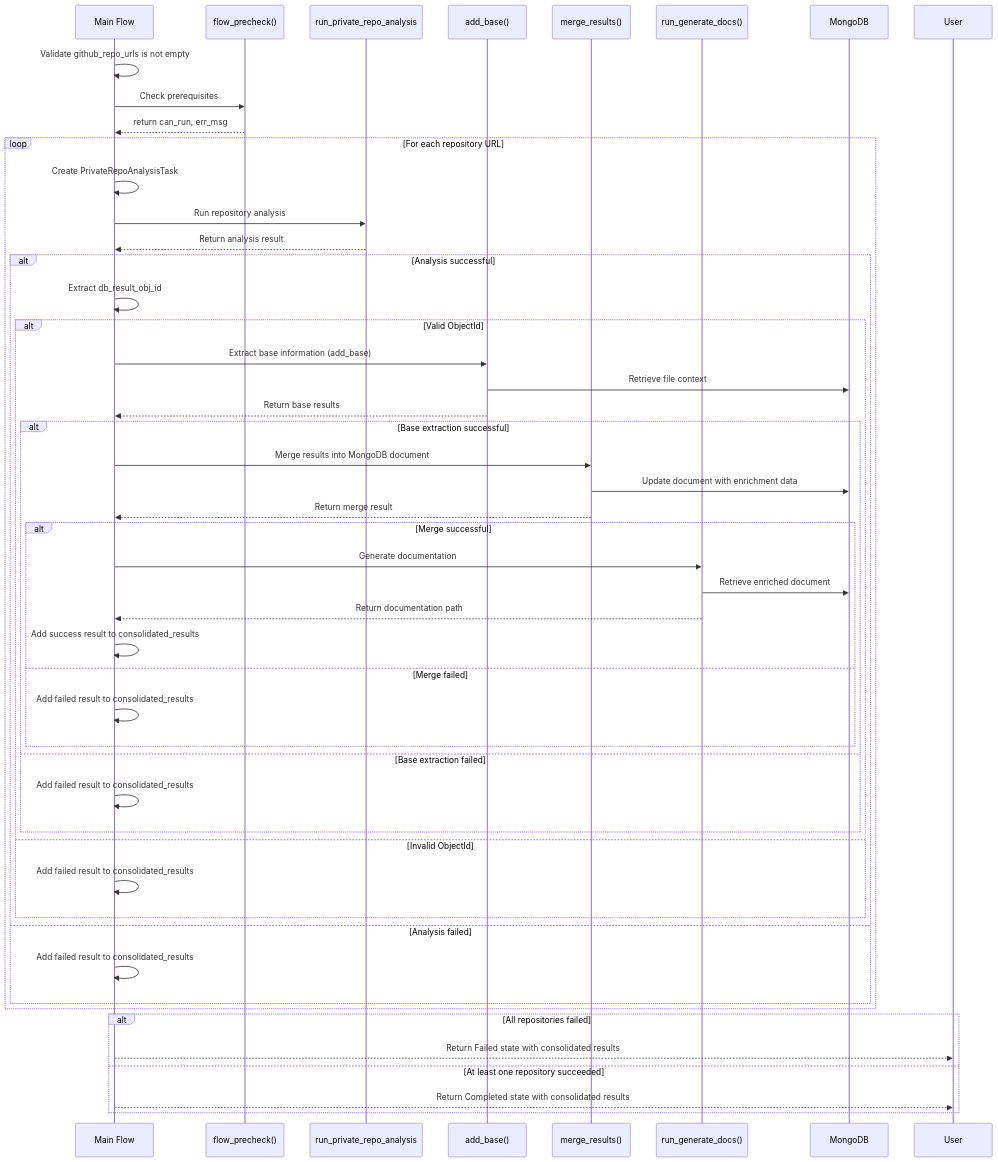
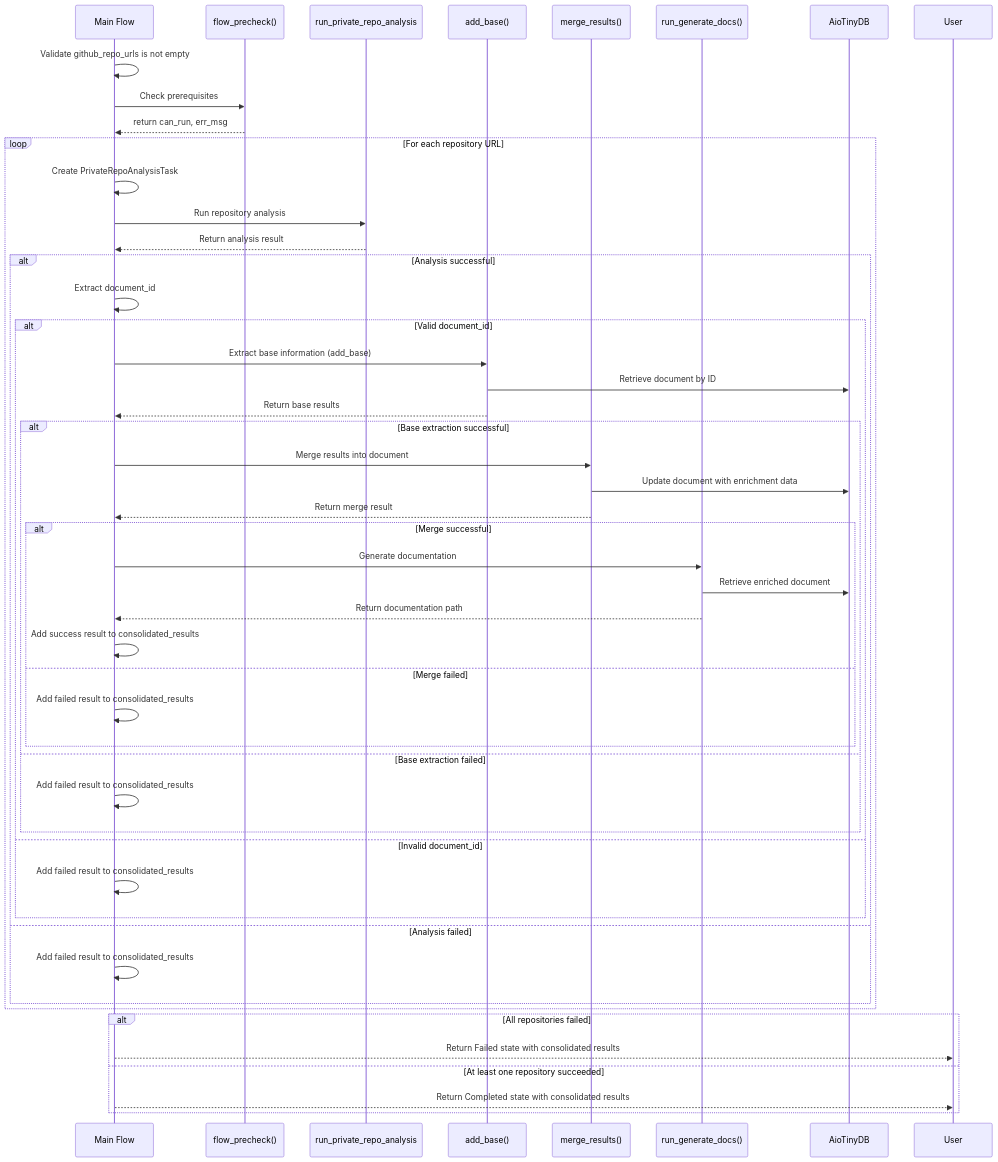
Before and after one commit to PHOENIXSEC-AI/workflow-automations: the diagram in assets/analyze_and_document_repos.md, drawn with Mermaid. The commit also changed 22 other files, not shown here.

````diff
--- a/assets/analyze_and_document_repos.md
+++ b/assets/analyze_and_document_repos.md
@@ -1,57 +1,57 @@
 ```mermaid
 sequenceDiagram
     participant Main as Main Flow
     participant Check as flow_precheck()
     participant RepAnalysis as run_private_repo_analysis
     participant Base as add_base()
     participant Merge as merge_results()
     participant DocGen as run_generate_docs()
-    participant DB as MongoDB
+    participant DB as AioTinyDB
     
     Main->>Main: Validate github_repo_urls is not empty
     Main->>Check: Check prerequisites
     Check-->>Main: return can_run, err_msg
     
     loop For each repository URL
         Main->>Main: Create PrivateRepoAnalysisTask
         Main->>RepAnalysis: Run repository analysis
         RepAnalysis-->>Main: Return analysis result
         
         alt Analysis successful
-            Main->>Main: Extract db_result_obj_id
+            Main->>Main: Extract document_id
             
-            alt Valid ObjectId
+            alt Valid document_id
                 Main->>Base: Extract base information (add_base)
-                Base->>DB: Retrieve file context
+                Base->>DB: Retrieve document by ID
                 Base-->>Main: Return base results
                 
                 alt Base extraction successful
-                    Main->>Merge: Merge results into MongoDB document
+                    Main->>Merge: Merge results into document
                     Merge->>DB: Update document with enrichment data
                     Merge-->>Main: Return merge result
                     
                     alt Merge successful
                         Main->>DocGen: Generate documentation
                         DocGen->>DB: Retrieve enriched document
                         DocGen-->>Main: Return documentation path
                         Main->>Main: Add success result to consolidated_results
                     else Merge failed
                         Main->>Main: Add failed result to consolidated_results
                     end
                 else Base extraction failed
                     Main->>Main: Add failed result to consolidated_results
                 end
-            else Invalid ObjectId
+            else Invalid document_id
                 Main->>Main: Add failed result to consolidated_results
             end
         else Analysis failed
             Main->>Main: Add failed result to consolidated_results
         end
     end
     
     alt All repositories failed
         Main-->>User: Return Failed state with consolidated results
     else At least one repository succeeded
         Main-->>User: Return Completed state with consolidated results
     end
 ```
````
